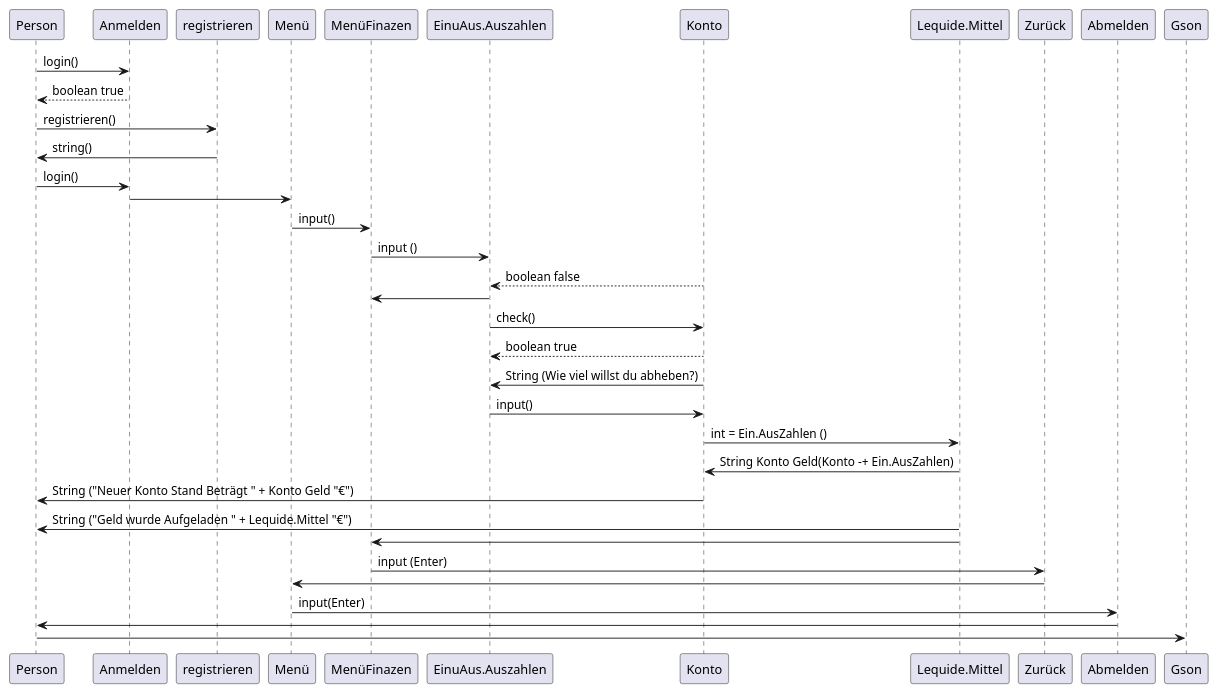
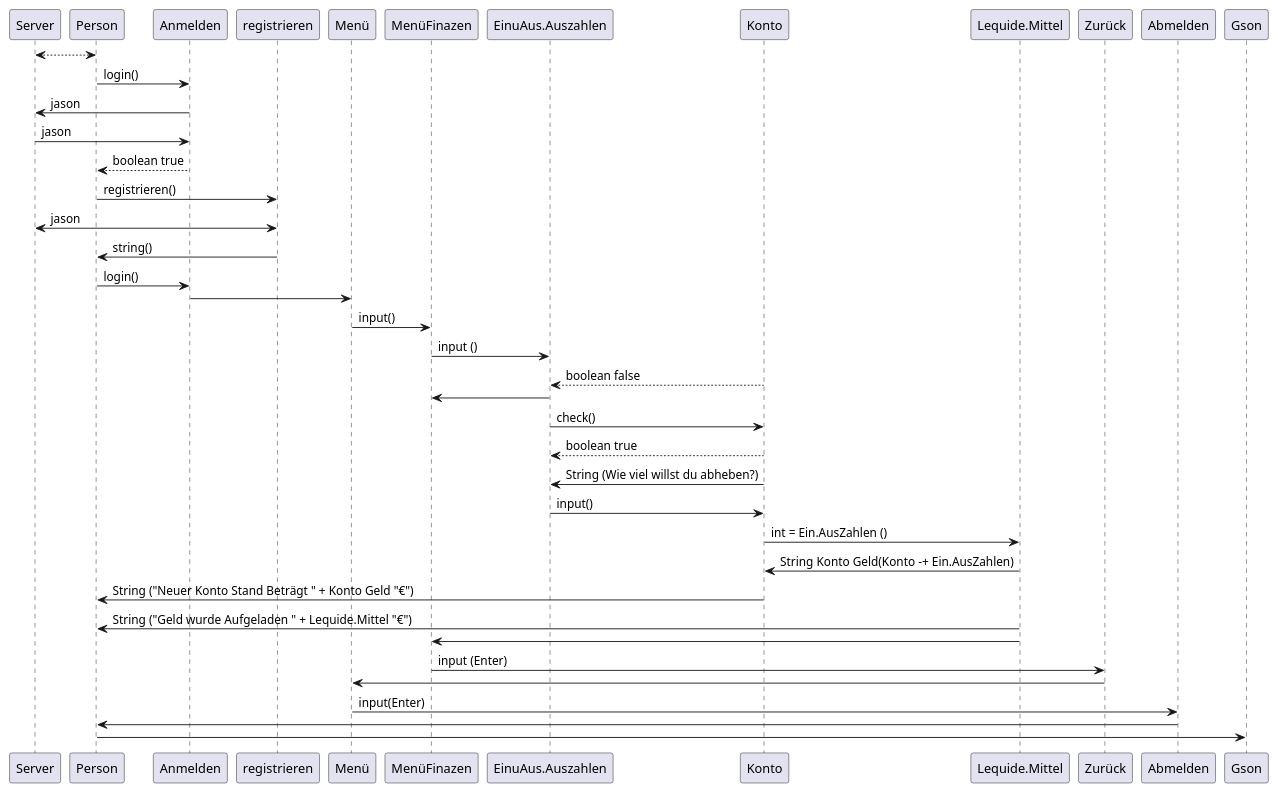
One commit to HEBK-BGM/Verwaltungssoftware_Team_1 changed the first of 4 diagrams in Docs/Pflichtenheft/Diagramm/SequenzDiagramm.iuml. Above: the diagram before and after it, drawn with PlantUML.

Commit message:
name changed

```diff
--- a/Docs/Pflichtenheft/Diagramm/SequenzDiagramm.iuml
+++ b/Docs/Pflichtenheft/Diagramm/SequenzDiagramm.iuml
@@ -1,28 +1,32 @@
 @startuml
 
+Server <--> Person 
 Person -> Anmelden :login()
+Anmelden -> Server : jason  
+Server -> Anmelden : jason
 Anmelden --> Person : boolean true
 Person -> registrieren :registrieren()
+registrieren <-> Server : jason
 registrieren -> Person :string() 
 Person -> Anmelden  :login()
 Anmelden -> Menü 
 Menü -> MenüFinazen : input() 
 MenüFinazen -> EinuAus.Auszahlen :input ()  
 Konto --> EinuAus.Auszahlen : boolean false
 EinuAus.Auszahlen -> MenüFinazen 
 EinuAus.Auszahlen-> Konto : check()
 Konto --> EinuAus.Auszahlen : boolean true 
 Konto -> EinuAus.Auszahlen : String (Wie viel willst du abheben?)
 EinuAus.Auszahlen -> Konto : input()
 Konto -> Lequide.Mittel : int = Ein.AusZahlen ()
 Lequide.Mittel -> Konto : String Konto Geld(Konto -+ Ein.AusZahlen)
 Konto -> Person : String ("Neuer Konto Stand Beträgt " + Konto Geld "€")
 Lequide.Mittel -> Person : String ("Geld wurde Aufgeladen " + Lequide.Mittel "€")
 Lequide.Mittel -> MenüFinazen
 MenüFinazen -> Zurück :input (Enter)
 Zurück -> Menü
 Menü -> Abmelden : input(Enter)
 Abmelden -> Person :
 Person -> Gson:
 
 @enduml
```
